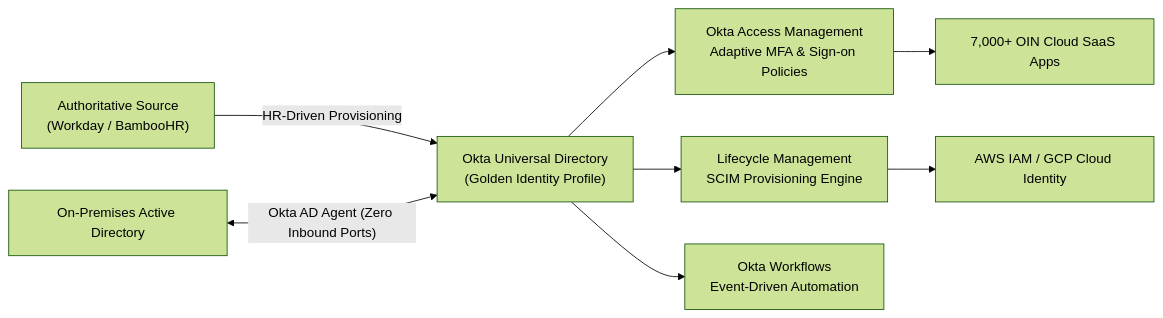
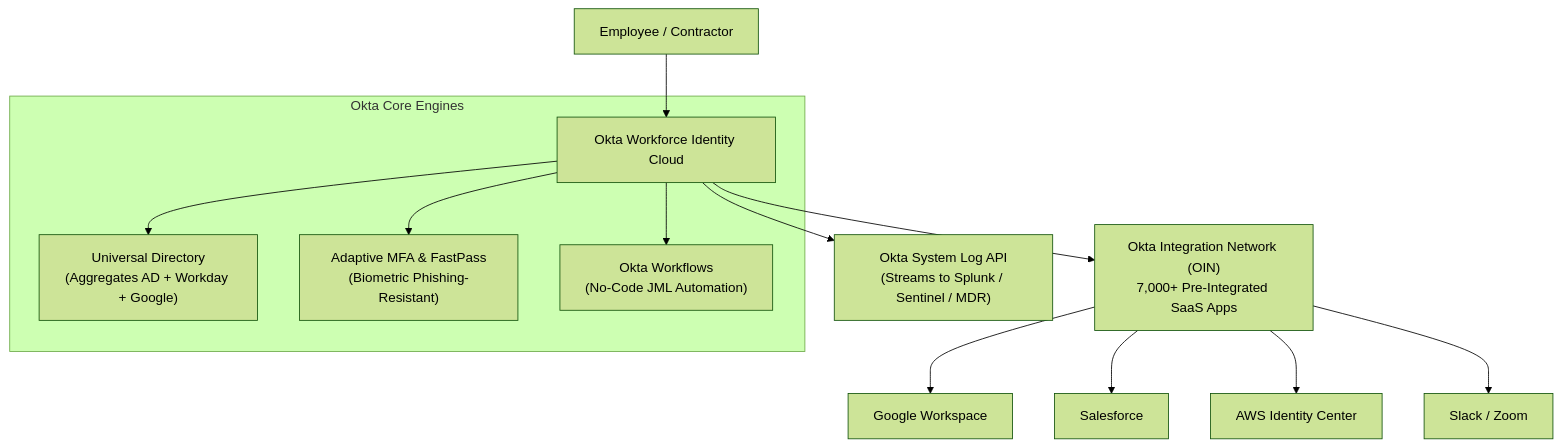
The diagram in IAM/04_Tools_and_Platforms/02_Okta_Workforce_Identity.md (varunks04/CBS-Roleplay), drawn with Mermaid (forest theme) before and after one commit. The commit also changed other lines of this file and 37 other files, not shown here.

````diff
--- a/IAM/04_Tools_and_Platforms/02_Okta_Workforce_Identity.md
+++ b/IAM/04_Tools_and_Platforms/02_Okta_Workforce_Identity.md
@@ -11,12 +29,18 @@
 ```mermaid
-graph LR
-    HR["Authoritative Source<br>(Workday / BambooHR)"] -->|"HR-Driven Provisioning"| OktaUD["Okta Universal Directory<br>(Golden Identity Profile)"]
-    AD["On-Premises Active Directory"] <-->|"Okta AD Agent (Zero Inbound Ports)"| OktaUD
+flowchart TD
+    User["Employee / Contractor"] --> Okta["Okta Workforce Identity Cloud"]
     
-    OktaUD --> AM["Okta Access Management<br>Adaptive MFA & Sign-on Policies"]
-    OktaUD --> LCM["Lifecycle Management<br>SCIM Provisioning Engine"]
-    OktaUD --> OW["Okta Workflows<br>Event-Driven Automation"]
+    subgraph "Okta Core Engines"
+        Okta --> UD["Universal Directory<br/>(Aggregates AD + Workday + Google)"]
+        Okta --> AM["Adaptive MFA & FastPass<br/>(Biometric Phishing-Resistant)"]
+        Okta --> WF["Okta Workflows<br/>(No-Code JML Automation)"]
+    end
+
+    Okta --> OIN["Okta Integration Network (OIN)<br/>7,000+ Pre-Integrated SaaS Apps"]
+    OIN --> App1["Google Workspace"]
+    OIN --> App2["Salesforce"]
+    OIN --> App3["AWS Identity Center"]
+    OIN --> App4["Slack / Zoom"]
     
-    AM --> SaaS["7,000+ OIN Cloud SaaS Apps"]
-    LCM --> CloudInfra["AWS IAM / GCP Cloud Identity"]
+    Okta --> SysLog["Okta System Log API<br/>(Streams to Splunk / Sentinel / MDR)"]
 ```
````
